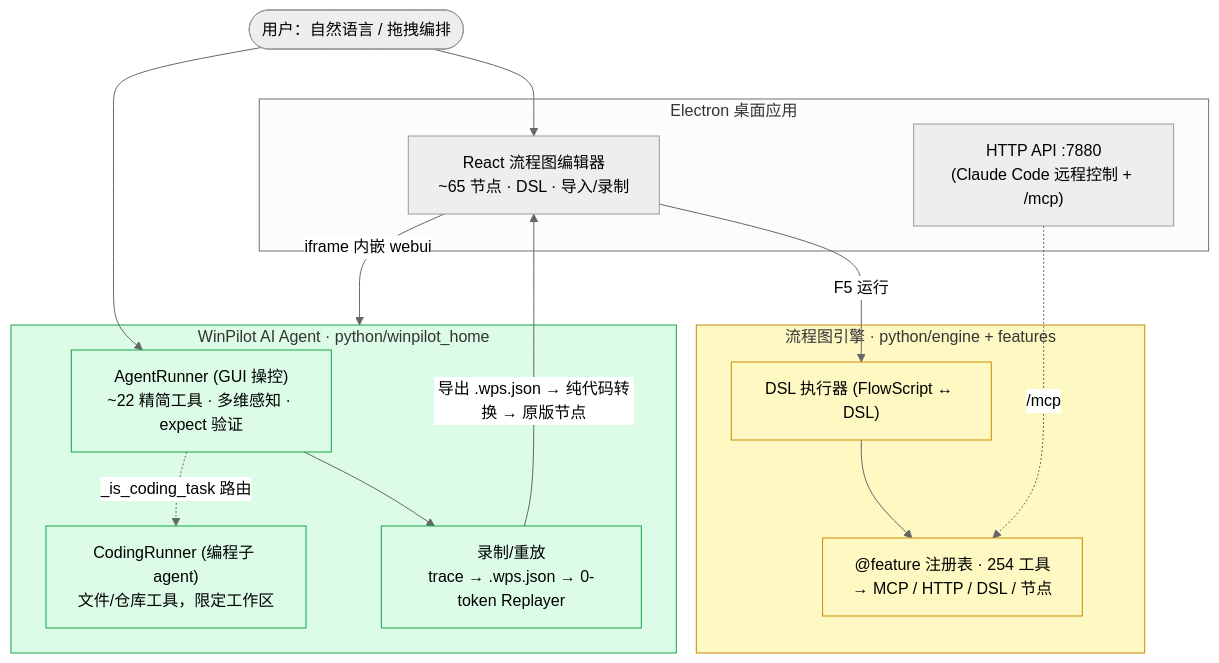
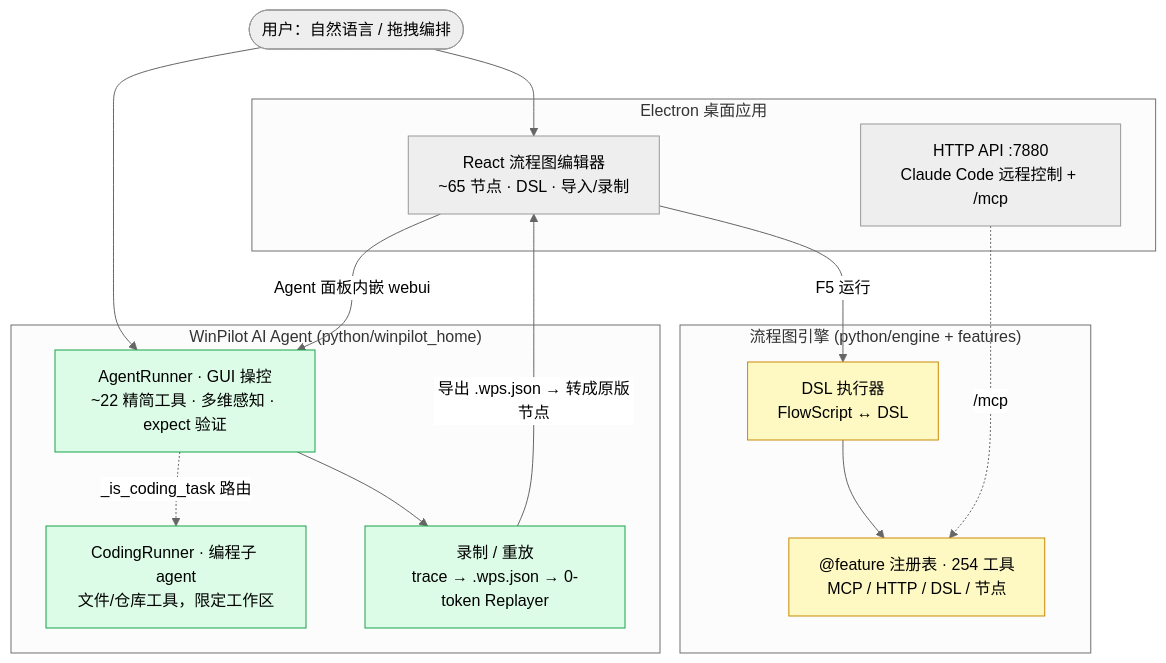
The diagram in README.md (zoujiapeng/lingdong-script), drawn with Mermaid (neutral theme) before and after one commit. The commit also changed 7 other files, not shown here.

First line of the commit message:
docs: fix Mermaid rendering on GitHub + add full architecture diagram + interview guide

````diff
--- a/README.md
+++ b/README.md
@@ -28,35 +28,35 @@
 ```mermaid
 flowchart TB
-    user([用户：自然语言 / 拖拽编排])
+    user(["用户：自然语言 / 拖拽编排"])
 
     subgraph electron["Electron 桌面应用"]
         rend["React 流程图编辑器<br/>~65 节点 · DSL · 导入/录制"]
-        api["HTTP API :7880<br/>(Claude Code 远程控制 + /mcp)"]
+        api["HTTP API :7880<br/>Claude Code 远程控制 + /mcp"]
     end
 
-    subgraph winpilot["WinPilot AI Agent · python/winpilot_home"]
-        loop["AgentRunner (GUI 操控)<br/>~22 精简工具 · 多维感知 · expect 验证"]
-        coding["CodingRunner (编程子 agent)<br/>文件/仓库工具，限定工作区"]
-        rec["录制/重放<br/>trace → .wps.json → 0-token Replayer"]
+    subgraph winpilot["WinPilot AI Agent (python/winpilot_home)"]
+        loop["AgentRunner · GUI 操控<br/>~22 精简工具 · 多维感知 · expect 验证"]
+        coding["CodingRunner · 编程子 agent<br/>文件/仓库工具，限定工作区"]
+        rec["录制 / 重放<br/>trace → .wps.json → 0-token Replayer"]
     end
 
-    subgraph legacy["流程图引擎 · python/engine + features"]
-        engine["DSL 执行器 (FlowScript ↔ DSL)"]
-        feats["@feature 注册表 · 254 工具<br/>→ MCP / HTTP / DSL / 节点"]
+    subgraph legacy["流程图引擎 (python/engine + features)"]
+        engine["DSL 执行器<br/>FlowScript ↔ DSL"]
+        feats["@feature 注册表 · 254 工具<br/>MCP / HTTP / DSL / 节点"]
     end
 
     user --> rend
     user --> loop
-    rend -- "iframe 内嵌 webui" --> winpilot
-    loop -. "_is_coding_task 路由" .-> coding
+    rend -->|"Agent 面板内嵌 webui"| loop
+    loop -.->|"_is_coding_task 路由"| coding
     loop --> rec
-    rec -- "导出 .wps.json → 纯代码转换 → 原版节点" --> rend
-    rend -- "F5 运行" --> engine
+    rec -->|"导出 .wps.json → 转成原版节点"| rend
+    rend -->|"F5 运行"| engine
     engine --> feats
-    api -. "/mcp" .-> feats
+    api -.->|"/mcp"| feats
 
-    classDef live fill:#dcfce7,stroke:#16a34a;
-    classDef legacy fill:#fef9c3,stroke:#ca8a04;
-    class winpilot,loop,coding,rec live;
-    class legacy,engine,feats legacy;
+    classDef liveNode fill:#dcfce7,stroke:#16a34a,color:#000;
+    classDef oldNode fill:#fef9c3,stroke:#ca8a04,color:#000;
+    class loop,coding,rec liveNode;
+    class engine,feats oldNode;
 ```
````
